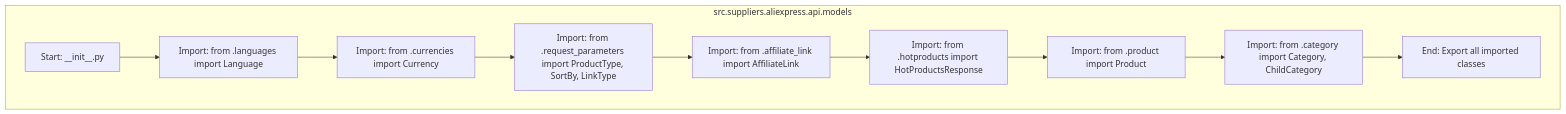
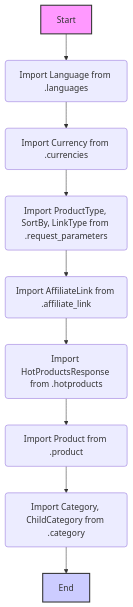
One commit to hypo69/hypo changed the first of 2 diagrams in docs/gemini/ru/explainer/src/suppliers/aliexpress/api/models/__init__.py.md. Above: the diagram before and after it, drawn with Mermaid. The commit also changed other lines of this file and 1505 other files, not shown here.

````diff
--- a/docs/gemini/ru/explainer/src/suppliers/aliexpress/api/models/__init__.py.md
+++ b/docs/gemini/ru/explainer/src/suppliers/aliexpress/api/models/__init__.py.md
@@ -13,13 +7,14 @@
 ```mermaid
 flowchart TD
-    subgraph src.suppliers.aliexpress.api.models
-        Start[Start: __init__.py] --> ImportLanguages[Import: from .languages import Language]
-        ImportLanguages --> ImportCurrencies[Import: from .currencies import Currency]
-        ImportCurrencies --> ImportRequestParameters[Import: from .request_parameters import ProductType, SortBy, LinkType]
-        ImportRequestParameters --> ImportAffiliateLink[Import: from .affiliate_link import AffiliateLink]
-        ImportAffiliateLink --> ImportHotProductsResponse[Import: from .hotproducts import HotProductsResponse]
-        ImportHotProductsResponse --> ImportProduct[Import: from .product import Product]
-        ImportProduct --> ImportCategory[Import: from .category import Category, ChildCategory]
-        ImportCategory --> End[End: Export all imported classes]
-    end
+    A[Start] --> B(Import Language from .languages);
+    B --> C(Import Currency from .currencies);
+    C --> D(Import ProductType, SortBy, LinkType from .request_parameters);
+    D --> E(Import AffiliateLink from .affiliate_link);
+    E --> F(Import HotProductsResponse from .hotproducts);
+    F --> G(Import Product from .product);
+    G --> H(Import Category, ChildCategory from .category);
+    H --> I[End];
+    
+    style A fill:#f9f,stroke:#333,stroke-width:2px
+    style I fill:#ccf,stroke:#333,stroke-width:2px
 ```
````
